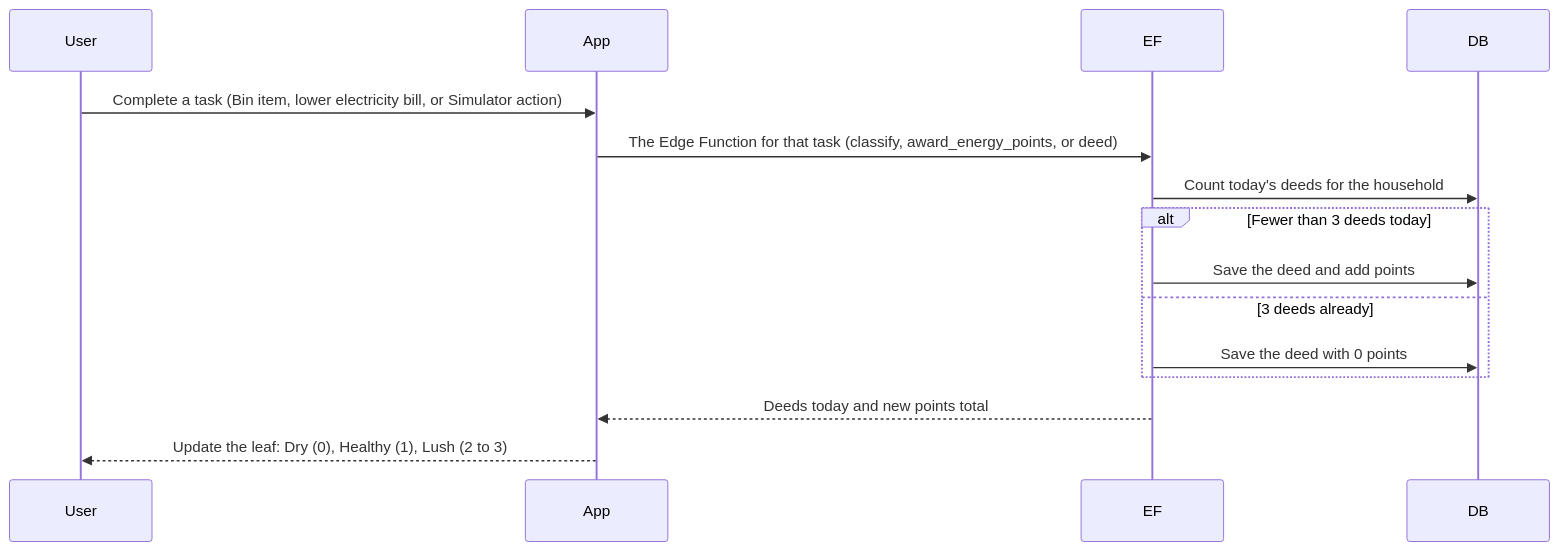
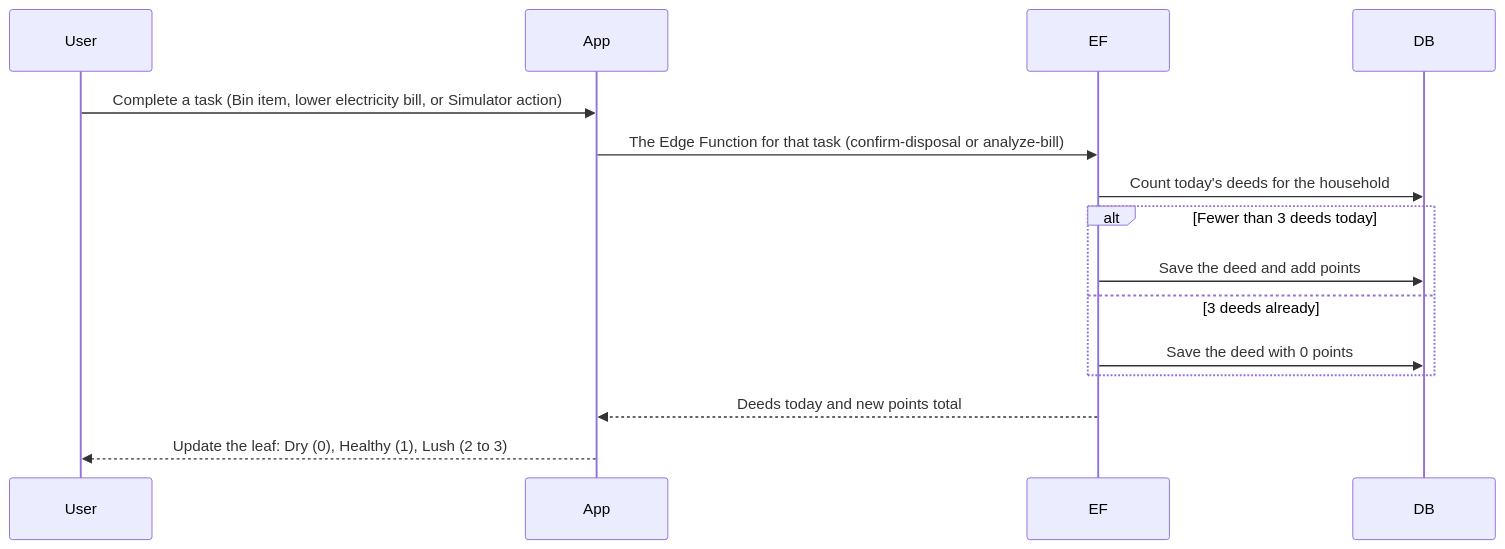
Diagram 13 of 15 in docs/Workflow.md (HONGJIABAO/Simeplify), drawn with Mermaid before and after one commit. The commit also changed other lines of this file and 22 other files, not shown here.

Commit message:
fix(backend): points only after confirm-disposal, cron guard check, local-only tests, lint (BIN-01, BIN-02)

````diff
--- a/docs/Workflow.md
+++ b/docs/Workflow.md
@@ -493,18 +493,18 @@
 ```mermaid
 sequenceDiagram
     participant User
     participant App
     participant EF
     participant DB
 
     User->>App: Complete a task (Bin item, lower electricity bill, or Simulator action)
-    App->>EF: The Edge Function for that task (classify, award_energy_points, or deed)
+    App->>EF: The Edge Function for that task (confirm-disposal or analyze-bill)
     EF->>DB: Count today's deeds for the household
     alt Fewer than 3 deeds today
         EF->>DB: Save the deed and add points
     else 3 deeds already
         EF->>DB: Save the deed with 0 points
     end
     EF-->>App: Deeds today and new points total
     App-->>User: Update the leaf: Dry (0), Healthy (1), Lush (2 to 3)
 ```
````
